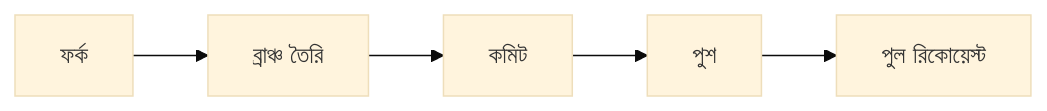
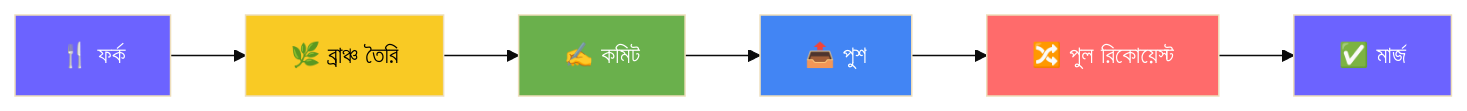
The diagram in README.md (Tasibtohs/kabboloker-brakkhakbi_V1.0.3), drawn with Mermaid (base theme) before and after one commit. The commit also changed other lines of this file, not shown here.

````diff
--- a/README.md
+++ b/README.md
@@ -357,7 +502,15 @@
 ```mermaid
 graph LR
-    A[ফর্ক] --> B[ব্রাঞ্চ তৈরি]
-    B --> C[কমিট]
-    C --> D[পুশ]
-    D --> E[পুল রিকোয়েস্ট]
+    A[🍴 ফর্ক] --> B[🌿 ব্রাঞ্চ তৈরি]
+    B --> C[✍️ কমিট]
+    C --> D[📤 পুশ]
+    D --> E[🔀 পুল রিকোয়েস্ট]
+    E --> F[✅ মার্জ]
+    
+    style A fill:#6C63FF,color:#fff
+    style B fill:#F9CA24,color:#000
+    style C fill:#6AB04C,color:#fff
+    style D fill:#4285F4,color:#fff
+    style E fill:#FF6B6B,color:#fff
+    style F fill:#6C63FF,color:#fff
 ```
````
